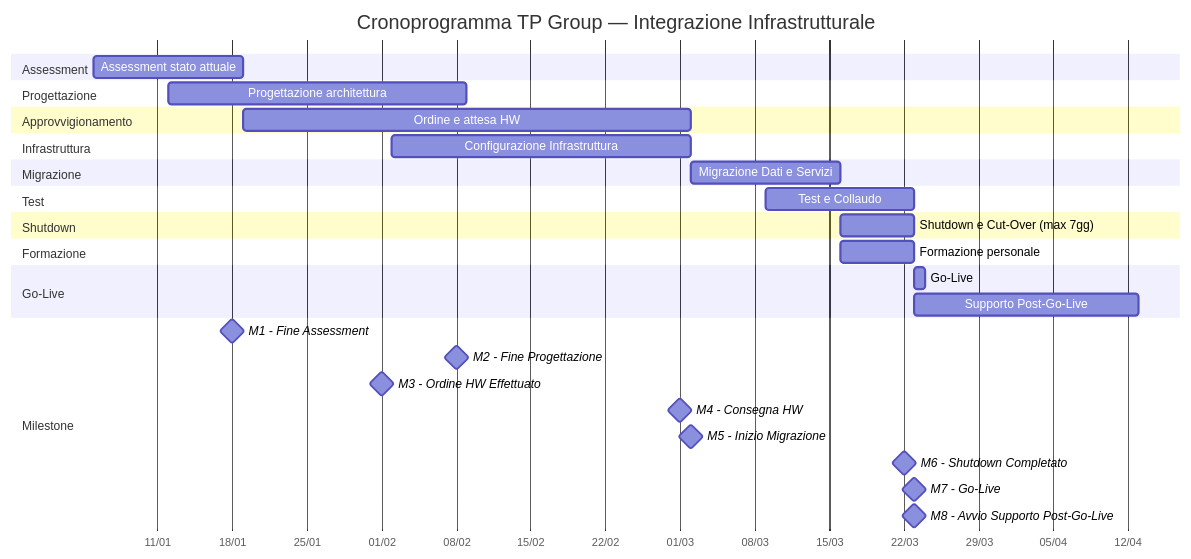
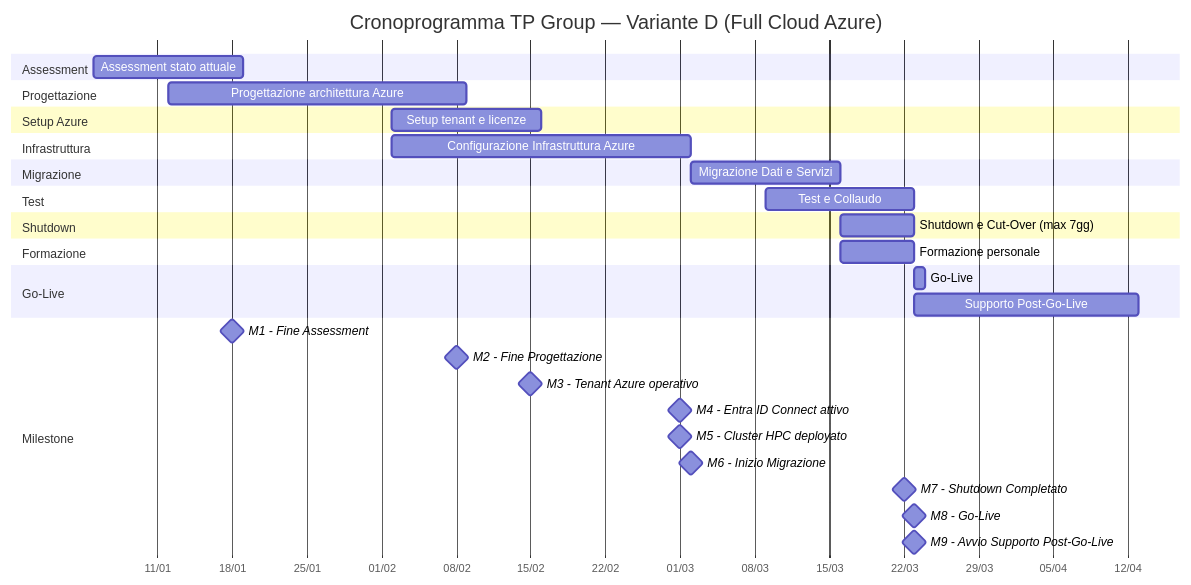
The diagram in 23_Project_Work_e_Laboratori/03_Progetti/ProjectWork_Infrastruttura_IT/Condivisi/02_Project_Management/gantt.md (edoardoquerio-pixel/Materie), drawn with Mermaid before and after one commit. The commit also changed other lines of this file and 129 other files, not shown here.

````diff
--- a/23_Project_Work_e_Laboratori/03_Progetti/ProjectWork_Infrastruttura_IT/Condivisi/02_Project_Management/gantt.md
+++ b/23_Project_Work_e_Laboratori/03_Progetti/ProjectWork_Infrastruttura_IT/Condivisi/02_Project_Management/gantt.md
@@ -12,44 +12,45 @@
 ```mermaid
 gantt
-    title Cronoprogramma TP Group — Integrazione Infrastrutturale
+    title Cronoprogramma TP Group — Variante D (Full Cloud Azure)
     dateFormat  YYYY-MM-DD
     axisFormat  %d/%m
 
     section Assessment
         Assessment stato attuale            :a1, 2026-01-05, 14d
 
     section Progettazione
-        Progettazione architettura          :a2, 2026-01-12, 28d
+        Progettazione architettura Azure    :a2, 2026-01-12, 28d
 
-    section Approvvigionamento
-        Ordine e attesa HW                  :a3, 2026-01-19, 42d
+    section Setup Azure
+        Setup tenant e licenze              :a3, 2026-02-02, 14d
 
     section Infrastruttura
-        Configurazione Infrastruttura       :a4, 2026-02-02, 28d
+        Configurazione Infrastruttura Azure :a4, 2026-02-02, 28d
 
     section Migrazione
         Migrazione Dati e Servizi           :a5, 2026-03-02, 14d
 
     section Test
         Test e Collaudo                     :a6, 2026-03-09, 14d
 
     section Shutdown
         Shutdown e Cut-Over (max 7gg)       :a7, 2026-03-16, 7d
 
     section Formazione
         Formazione personale                :a8, 2026-03-16, 7d
 
     section Go-Live
         Go-Live                             :a9, 2026-03-23, 1d
         Supporto Post-Go-Live               :a10, 2026-03-23, 21d
 
     section Milestone
         M1 - Fine Assessment                :milestone, m1, 2026-01-18, 0d
         M2 - Fine Progettazione             :milestone, m2, 2026-02-08, 0d
-        M3 - Ordine HW Effettuato           :milestone, m3, 2026-02-01, 0d
-        M4 - Consegna HW                    :milestone, m4, 2026-03-01, 0d
-        M5 - Inizio Migrazione              :milestone, m5, 2026-03-02, 0d
-        M6 - Shutdown Completato            :milestone, m6, 2026-03-22, 0d
-        M7 - Go-Live                        :milestone, m7, 2026-03-23, 0d
-        M8 - Avvio Supporto Post-Go-Live    :milestone, m8, 2026-03-23, 0d
+        M3 - Tenant Azure operativo         :milestone, m3, 2026-02-15, 0d
+        M4 - Entra ID Connect attivo        :milestone, m4, 2026-03-01, 0d
+        M5 - Cluster HPC deployato          :milestone, m5, 2026-03-01, 0d
+        M6 - Inizio Migrazione              :milestone, m6, 2026-03-02, 0d
+        M7 - Shutdown Completato            :milestone, m7, 2026-03-22, 0d
+        M8 - Go-Live                        :milestone, m8, 2026-03-23, 0d
+        M9 - Avvio Supporto Post-Go-Live    :milestone, m9, 2026-03-23, 0d
 ```
````
